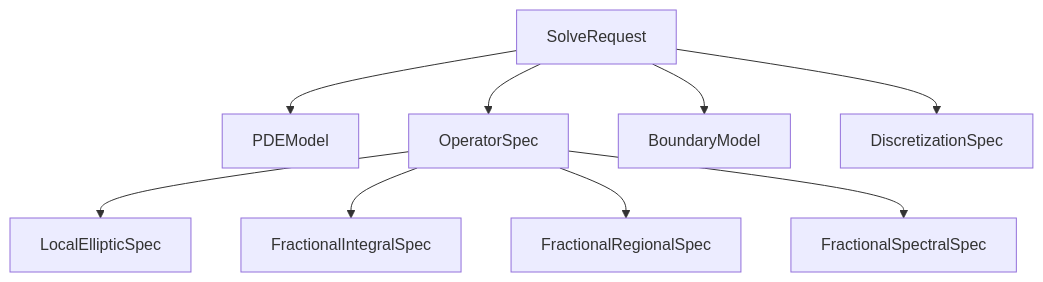
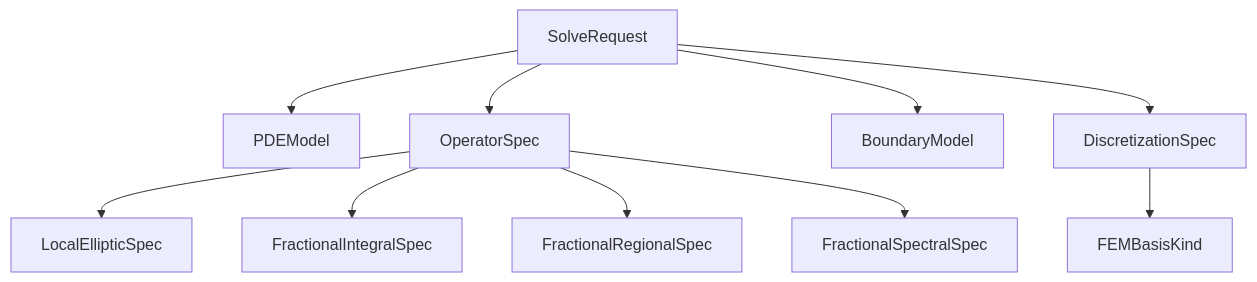
One commit to anshelino0606/DelaunayForge changed the second of 5 diagrams in src/math/ARCHITECTURE.md. Above: the diagram before and after it, drawn with Mermaid. The commit also changed other lines of this file and 26 other files, not shown here.

````diff
--- a/src/math/ARCHITECTURE.md
+++ b/src/math/ARCHITECTURE.md
@@ -17,11 +17,12 @@
 ```mermaid
 flowchart TD
     SolveRequest --> PDEModel
     SolveRequest --> OperatorSpec
     SolveRequest --> BoundaryModel
     SolveRequest --> DiscretizationSpec
+    DiscretizationSpec --> Basis[FEMBasisKind]
     OperatorSpec --> LocalEllipticSpec
     OperatorSpec --> FractionalIntegralSpec
     OperatorSpec --> FractionalRegionalSpec
     OperatorSpec --> FractionalSpectralSpec
 ```
````
